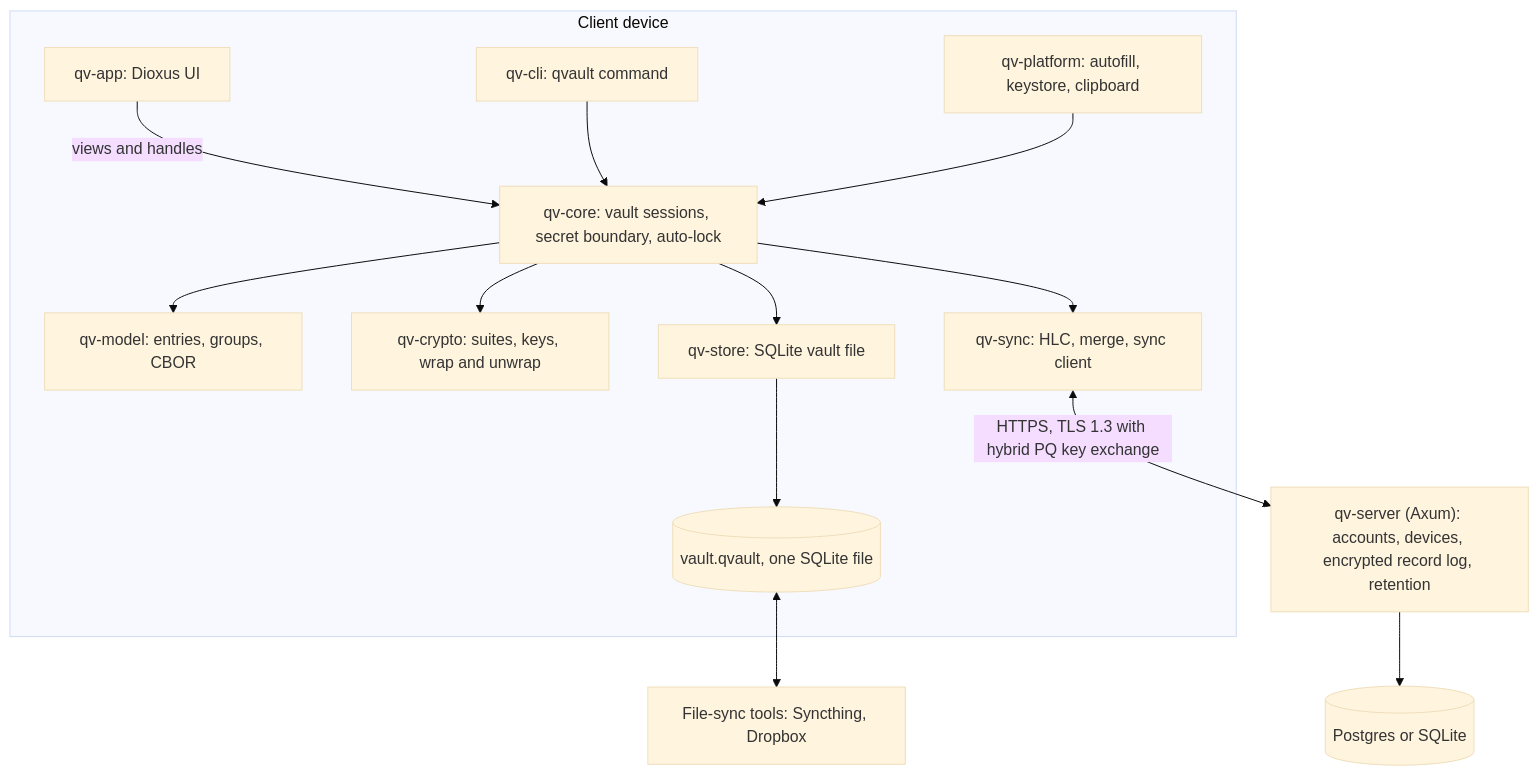
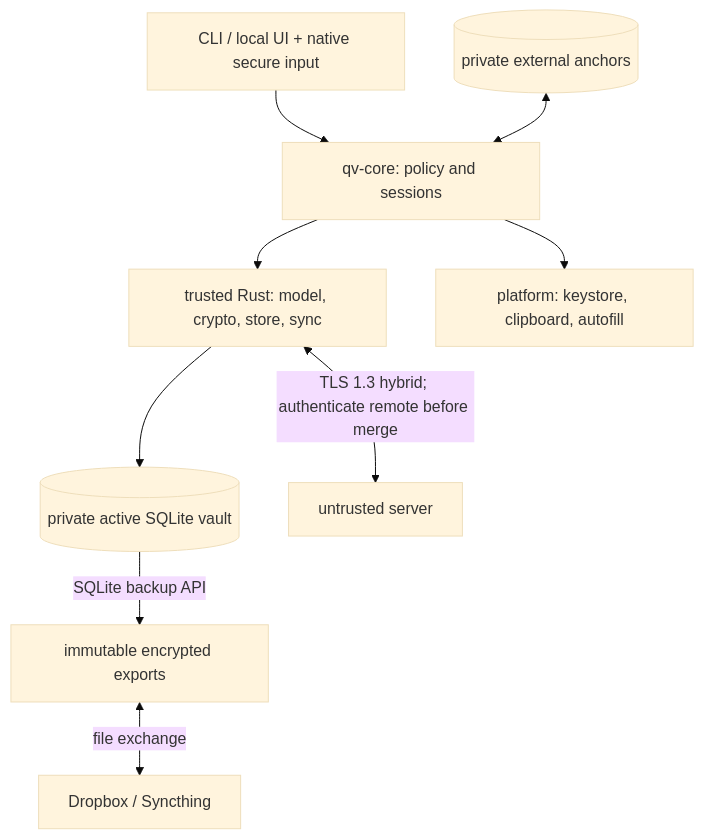
The diagram in ARCHITECTURE.md (rdbo/quickvault), drawn with Mermaid (base theme) before and after one commit. The commit also changed other lines of this file and 13 other files, not shown here.

````diff
--- a/ARCHITECTURE.md
+++ b/ARCHITECTURE.md
@@ -51,28 +73,11 @@
 ```mermaid
 flowchart TB
-    subgraph device["Client device"]
-        app["qv-app: Dioxus UI"]
-        cli["qv-cli: qvault command"]
-        shims["qv-platform: autofill, keystore, clipboard"]
-        core["qv-core: vault sessions, secret boundary, auto-lock"]
-        model["qv-model: entries, groups, CBOR"]
-        crypto["qv-crypto: suites, keys, wrap and unwrap"]
-        store["qv-store: SQLite vault file"]
-        sync["qv-sync: HLC, merge, sync client"]
-        file[("vault.qvault, one SQLite file")]
-        app -->|"views and handles"| core
-        cli --> core
-        shims --> core
-        core --> model
-        core --> crypto
-        core --> store
-        core --> sync
-        store --> file
-    end
-    fsync["File-sync tools: Syncthing, Dropbox"]
-    server["qv-server (Axum): accounts, devices, encrypted record log, retention"]
-    sdb[("Postgres or SQLite")]
-    file <--> fsync
-    sync <-->|"HTTPS, TLS 1.3 with hybrid PQ key exchange"| server
-    server --> sdb
+    ui["CLI / local UI + native secure input"] --> core["qv-core: policy and sessions"]
+    core --> rust["trusted Rust: model, crypto, store, sync"]
+    core --> platform["platform: keystore, clipboard, autofill"]
+    rust --> db[("private active SQLite vault")]
+    db -->|"SQLite backup API"| snapshot["immutable encrypted exports"]
+    snapshot <-->|"file exchange"| files["Dropbox / Syncthing"]
+    rust <-->|"TLS 1.3 hybrid; authenticate remote before merge"| server["untrusted server"]
+    anchor[("private external anchors")] <--> core
 ```
````
